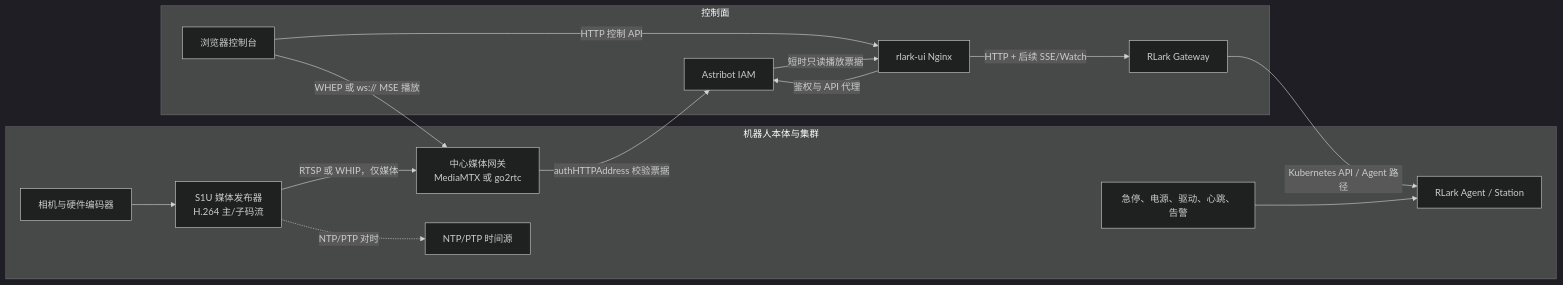
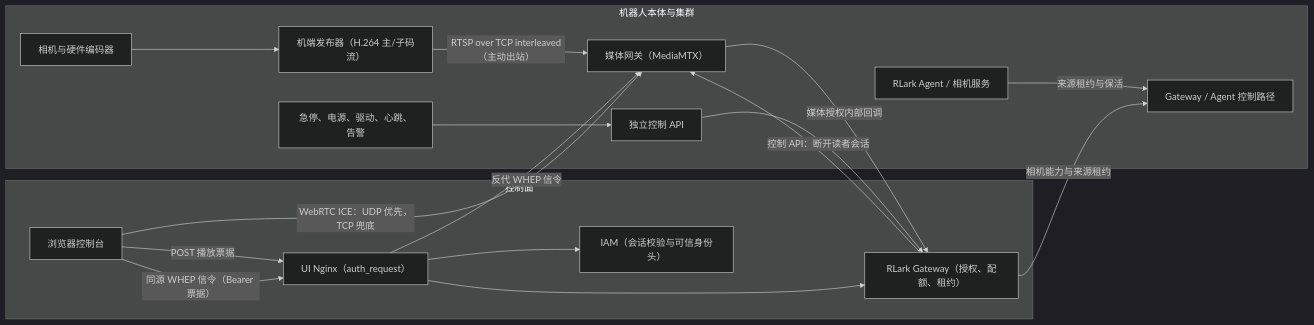
Before and after one commit to RLinf/RLark: the diagram in astribot/docs/camera/webrtc-h264-streaming-rfc.zh-CN.md, drawn with Mermaid (dark theme). The commit also changed other lines of this file, not shown here.

Commit message:
docs(camera): finalize h264 media streaming rfc

````diff
--- a/astribot/docs/camera/webrtc-h264-streaming-rfc.zh-CN.md
+++ b/astribot/docs/camera/webrtc-h264-streaming-rfc.zh-CN.md
@@ -40,19 +26,21 @@
 ```mermaid
 flowchart LR
     subgraph Robot["机器人本体与集群"]
-        Camera["相机与硬件编码器"] --> Source["S1U 媒体发布器\nH.264 主/子码流"]
-        Source -->|"RTSP 或 WHIP，仅媒体"| Media["中心媒体网关\nMediaMTX 或 go2rtc"]
-        Body["急停、电源、驱动、心跳、告警"] --> Agent["RLark Agent / Station"]
-        Clock["NTP/PTP 时间源"]
+        Camera["相机与硬件编码器"] --> Source["机端发布器（H.264 主/子码流）"]
+        Source -->|"RTSP over TCP interleaved（主动出站）"| Media["媒体网关（MediaMTX）"]
+        Agent["RLark Agent / 相机服务"] -->|"来源租约与保活"| AgentCtl["Gateway / Agent 控制路径"]
+        EStop["急停、电源、驱动、心跳、告警"] --> ControlAPI["独立控制 API"]
     end
     subgraph Control["控制面"]
-        UI["浏览器控制台"] -->|"HTTP 控制 API"| Nginx["rlark-ui Nginx"]
-        Nginx -->|"鉴权与 API 代理"| IAM["Astribot IAM"]
-        Nginx -->|"HTTP + 后续 SSE/Watch"| Gateway["RLark Gateway"]
-        Gateway -->|"Kubernetes API / Agent 路径"| Agent
-        IAM -->|"短时只读播放票据"| Nginx
+        Browser["浏览器控制台"] -->|"POST 播放票据"| Nginx["UI Nginx（auth_request）"]
+        Nginx --> IAM["IAM（会话校验与可信身份头）"]
+        Nginx --> Gateway["RLark Gateway（授权、配额、租约）"]
+        Media -->|"媒体授权内部回调"| Gateway
+        Gateway -->|"控制 API：断开读者会话"| Media
+        Gateway -->|"相机能力与来源租约"| AgentCtl
+        ControlAPI --> Gateway
     end
-    UI -->|"WHEP 或 ws:// MSE 播放"| Media
-    Media -->|"authHTTPAddress 校验票据"| IAM
-    Source -. "NTP/PTP 对时" .-> Clock
+    Browser -->|"同源 WHEP 信令（Bearer 票据）"| Nginx
+    Nginx -->|"反代 WHEP 信令"| Media
+    Browser -->|"WebRTC ICE：UDP 优先，TCP 兜底"| Media
 ```
````
